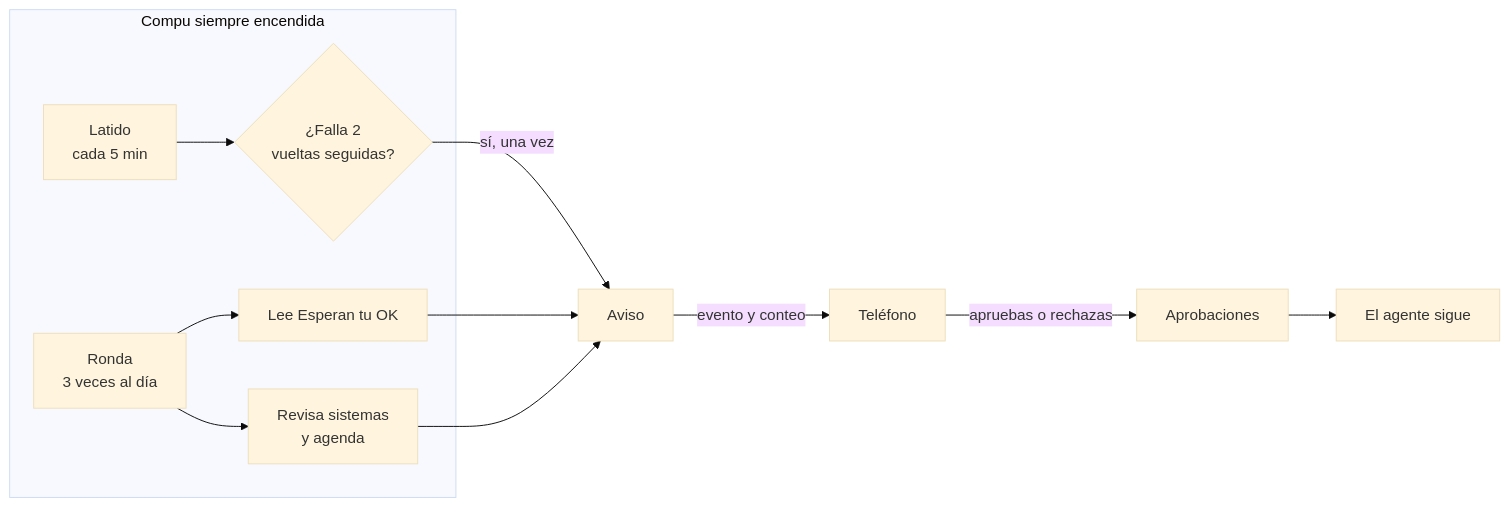
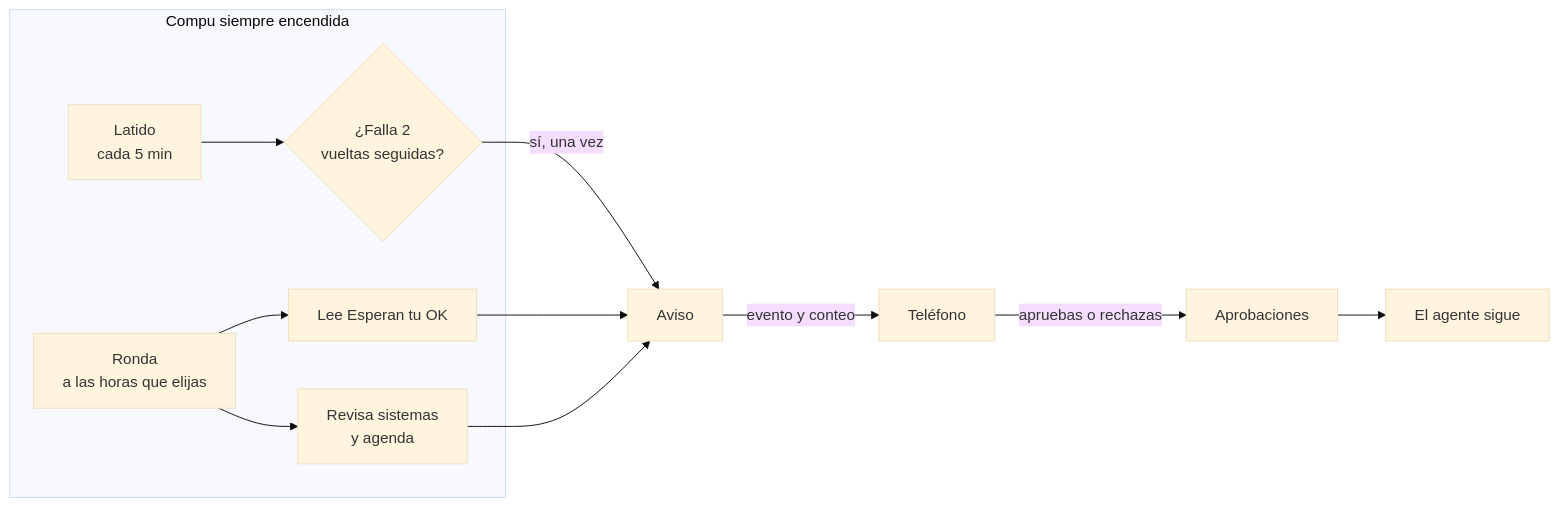
One commit to botellosantiago-bot/jarvis-ia changed the first of 2 diagrams in docs/06-rutinas.md. Above: the diagram before and after it, drawn with Mermaid (base theme). The commit also changed other lines of this file and 4 other files, not shown here.

````diff
--- a/docs/06-rutinas.md
+++ b/docs/06-rutinas.md
@@ -5,14 +5,14 @@
 ```mermaid
 flowchart LR
     subgraph casa [Compu siempre encendida]
         L[Latido<br/>cada 5 min] --> E{¿Falla 2<br/>vueltas seguidas?}
-        R[Ronda<br/>3 veces al día] --> OK[Lee Esperan tu OK]
+        R[Ronda<br/>a las horas que elijas] --> OK[Lee Esperan tu OK]
         R --> C[Revisa sistemas<br/>y agenda]
     end
     E -->|sí, una vez| AV[Aviso]
     OK --> AV
     C --> AV
     AV -->|evento y conteo| T[Teléfono]
     T -->|apruebas o rechazas| AP[Aprobaciones]
     AP --> AG[El agente sigue]
 ```
````
